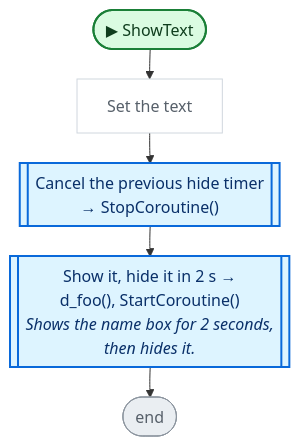
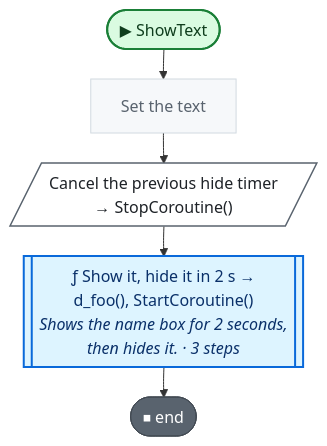
Before and after one commit to nataiai/Lord-of-the-Dungeon: the third of 6 diagrams in CodeGraph~/graph/UI.cs.md, drawn with Mermaid. The commit also changed other lines of this file and 57 other files, not shown here.

````diff
--- a/CodeGraph~/graph/UI.cs.md
+++ b/CodeGraph~/graph/UI.cs.md
@@ -119,37 +121,38 @@
 ```mermaid
 ---
 config:
   flowchart:
     wrappingWidth: 260
     nodeSpacing: 26
     rankSpacing: 30
 ---
 flowchart TD
   nS(["▶ ShowText"])
   nfb3807["Set the text"]
-  n585589[["Cancel the previous hide timer<br>→ StopCoroutine()"]]
-  n20ff75[["Show it, hide it in 2 s →<br>d_foo(), StartCoroutine()<br><i>Shows the name box for 2 seconds,</i><br><i>then hides it.</i>"]]
-  nE(["end"])
+  n585589[/"Cancel the previous hide timer<br>→ StopCoroutine()"/]
+  n20ff75[["ƒ Show it, hide it in 2 s →<br>d_foo(), StartCoroutine()<br><i>Shows the name box for 2 seconds,</i><br><i>then hides it. · 3 steps</i>"]]
+  nE(["⏹ end"])
   nS --> nfb3807
   nfb3807 --> n585589
   n585589 --> n20ff75
   n20ff75 --> nE
   classDef unity fill:#dafbe1,stroke:#1a7f37,stroke-width:2px,color:#0f3d1d
   classDef start fill:#dafbe1,stroke:#1a7f37,stroke-width:2px,color:#0f3d1d
-  classDef calc fill:#ffffff,stroke:#d0d7de,color:#57606a
+  classDef calc fill:#f6f8fa,stroke:#d1d9e0,color:#59636e
   classDef calls fill:#ddf4ff,stroke:#0969da,stroke-width:2px,color:#0a3069
-  classDef ext fill:#ddf4ff,stroke:#0969da,stroke-width:2px,stroke-dasharray:5 3,color:#0a3069
-  classDef cond fill:#fff8c5,stroke:#bf8700,stroke-width:1.5px,color:#3d2a00
-  classDef loop fill:#f6f8fa,stroke:#57606a,color:#1f2328
-  classDef exit fill:#ffebe9,stroke:#cf222e,color:#82071e
+  classDef ext fill:#f6f8fa,stroke:#59636e,stroke-width:1.5px,stroke-dasharray:5 5,color:#1f2328
+  classDef cond fill:#fff8c5,stroke:#9a6700,stroke-width:1.5px,color:#3d2a00
+  classDef loop fill:#fff8c5,stroke:#9a6700,color:#3d2a00
+  classDef wait fill:#fff8c5,stroke:#9a6700,color:#3d2a00
+  classDef exit fill:#59636e,stroke:#424a53,color:#ffffff
+  classDef fin fill:#59636e,stroke:#424a53,color:#ffffff
+  classDef act fill:#ffffff,stroke:#59636e,stroke-width:1.5px,color:#1f2328
   classDef kill fill:#ffebe9,stroke:#cf222e,stroke-width:2px,color:#82071e
-  classDef spawn fill:#dafbe1,stroke:#1a7f37,stroke-width:2px,color:#0f3d1d
-  classDef wait fill:#fff1e5,stroke:#bc4c00,color:#4d1d00
-  classDef fin fill:#eaeef2,stroke:#8c959f,color:#57606a
   classDef join fill:#d0d7de,stroke:#8c959f,color:#57606a
   classDef ghdr fill:#f5f9ff,stroke:#f5f9ff,color:#0a3069,font-weight:bold
+  class n585589 act
   class nfb3807 calc
-  class n585589,n20ff75 calls
+  class n20ff75 calls
   class nE fin
   class nS start
 ```
````
